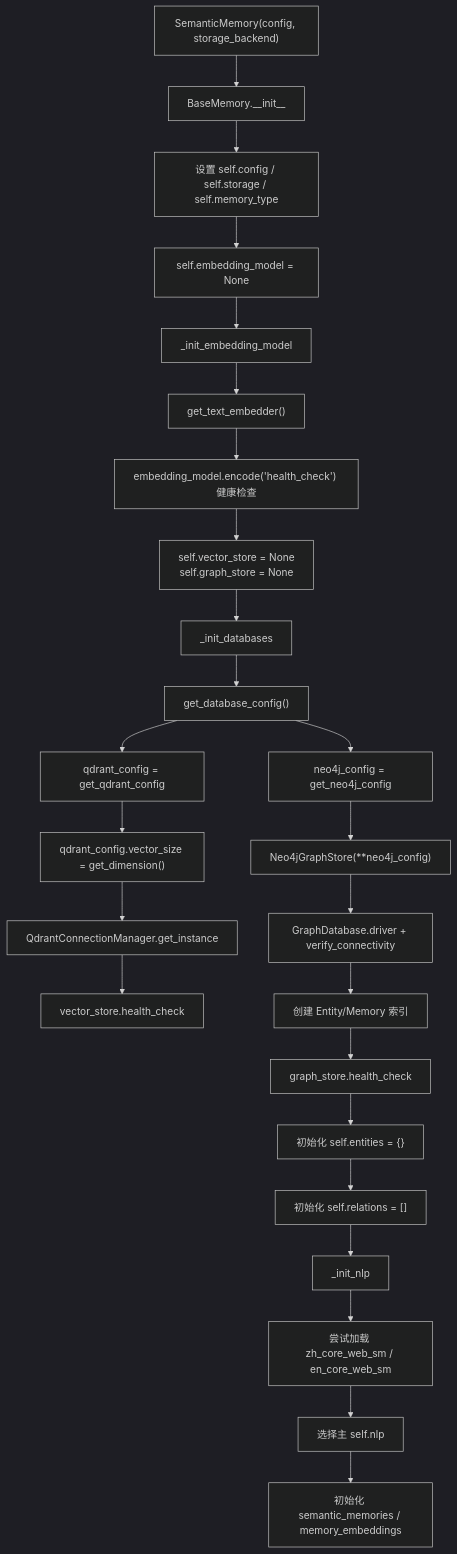
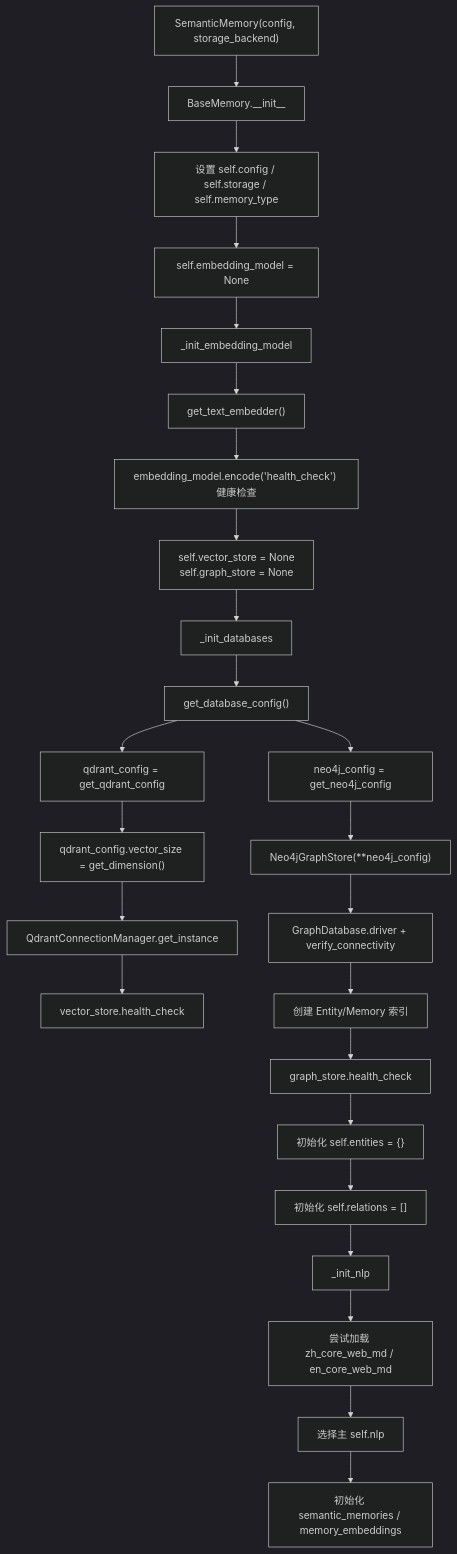
Before and after one commit to liweilicoder/myAgent: the third of 36 diagrams in josie_agents/memory/types/semantic_memory_flow.md, drawn with Mermaid (dark theme). The commit also changed other lines of this file and 10 other files, not shown here.

````diff
--- a/josie_agents/memory/types/semantic_memory_flow.md
+++ b/josie_agents/memory/types/semantic_memory_flow.md
@@ -76,29 +76,29 @@
 ```mermaid
 flowchart TD
     A["SemanticMemory(config, storage_backend)"] --> B["BaseMemory.__init__"]
     B --> C["设置 self.config / self.storage / self.memory_type"]
     C --> D["self.embedding_model = None"]
     D --> E["_init_embedding_model"]
     E --> F["get_text_embedder()"]
     F --> G["embedding_model.encode('health_check') 健康检查"]
 
     G --> H["self.vector_store = None<br/>self.graph_store = None"]
     H --> I["_init_databases"]
     I --> J["get_database_config()"]
     J --> K["qdrant_config = get_qdrant_config"]
     K --> L["qdrant_config.vector_size = get_dimension()"]
     L --> M["QdrantConnectionManager.get_instance"]
     M --> N["vector_store.health_check"]
     J --> O["neo4j_config = get_neo4j_config"]
     O --> P["Neo4jGraphStore(**neo4j_config)"]
     P --> Q["GraphDatabase.driver + verify_connectivity"]
     Q --> R["创建 Entity/Memory 索引"]
     R --> S["graph_store.health_check"]
 
     S --> T["初始化 self.entities = {}"]
     T --> U["初始化 self.relations = []"]
     U --> V["_init_nlp"]
-    V --> W["尝试加载 zh_core_web_sm / en_core_web_sm"]
+    V --> W["尝试加载 zh_core_web_md / en_core_web_md"]
     W --> X["选择主 self.nlp"]
     X --> Y["初始化 semantic_memories / memory_embeddings"]
 ```
````
